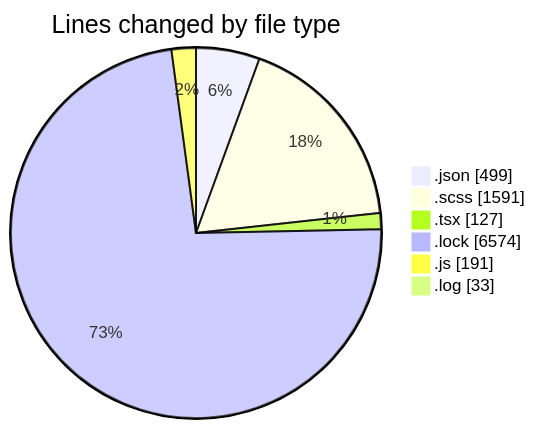
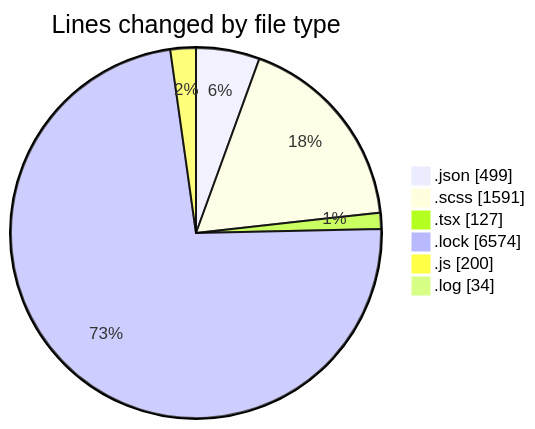
The first of 2 diagrams in 2026-08-11/cda/README.md (momahboobian/code-tracking), drawn with Mermaid before and after one commit. The commit also changed other lines of this file and 1 other file, not shown here.

````diff
--- a/2026-08-11/cda/README.md
+++ b/2026-08-11/cda/README.md
@@ -32,10 +32,10 @@
 ```mermaid
 pie showData
 title Lines changed by file type
 ".json" : 499
 ".scss" : 1591
 ".tsx" : 127
 ".lock" : 6574
-".js" : 191
-".log" : 33
+".js" : 200
+".log" : 34
 ```
````
